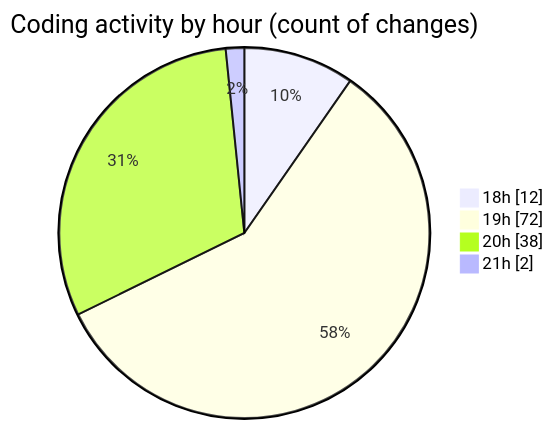
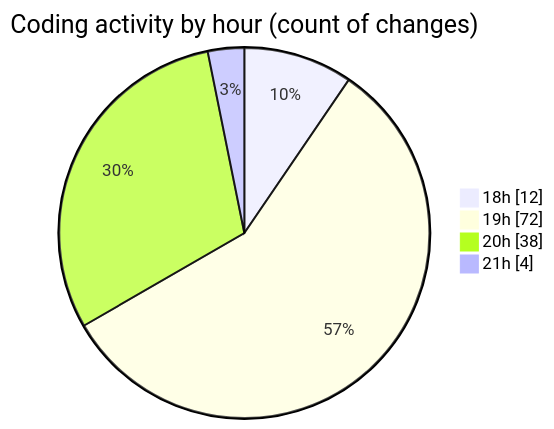
The second of 2 diagrams in 2025-03-14/myws__workspace_/README.md (MatusMokan/code-tracking), drawn with Mermaid before and after one commit. The commit also changed other lines of this file and 1 other file, not shown here.

````diff
--- a/2025-03-14/myws__workspace_/README.md
+++ b/2025-03-14/myws__workspace_/README.md
@@ -30,8 +30,8 @@
 ```mermaid
 pie showData
 title Coding activity by hour (count of changes)
 "18h" : 12
 "19h" : 72
 "20h" : 38
-"21h" : 2
+"21h" : 4
 ```
````
